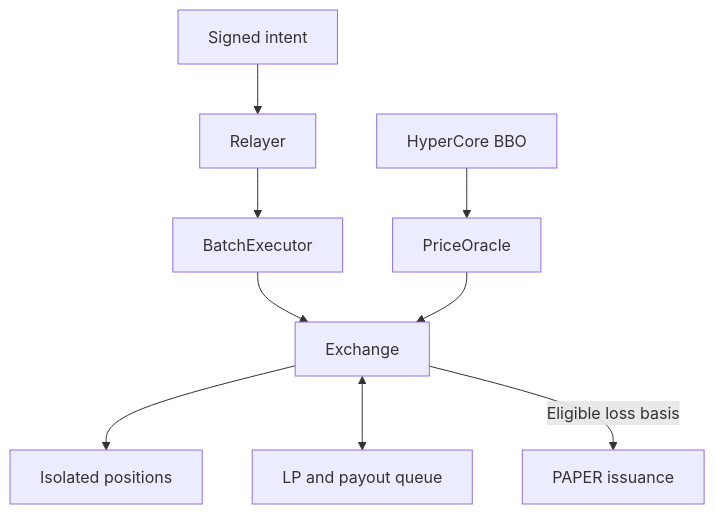
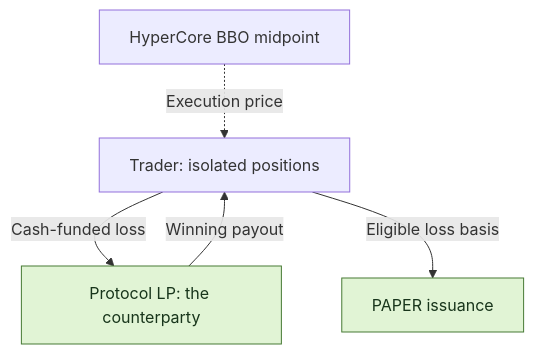
The first of 2 diagrams in README.md (KoNit-K/papertrade-lab), drawn with Mermaid before and after one commit. The commit also changed other lines of this file and 1 other file, not shown here.

Commit message:
docs: refocus readmes on trading costs and PAPER dividends

````diff
--- a/README.md
+++ b/README.md
@@ -44,11 +63,9 @@
 ```mermaid
 flowchart TB
-    Intent[Signed intent] --> Relayer[Relayer]
-    Relayer --> Batch[BatchExecutor]
-    Batch --> Exchange[Exchange]
-    BBO[HyperCore BBO] --> Oracle[PriceOracle]
-    Oracle --> Exchange
-    Exchange --> Position[Isolated positions]
-    Exchange <--> Pool[LP and payout queue]
-    Exchange -->|Eligible loss basis| PAPER[PAPER issuance]
+    Price[HyperCore BBO midpoint] -.->|Execution price| Trader[Trader: isolated positions]
+    Trader -->|Cash-funded loss| Pool[Protocol LP: the counterparty]
+    Pool -->|Winning payout| Trader
+    Trader -->|Eligible loss basis| PAPER[PAPER issuance]
+    classDef accent fill:#e1f4d5,stroke:#477a35,color:#18351b
+    class Pool,PAPER accent
 ```
````
